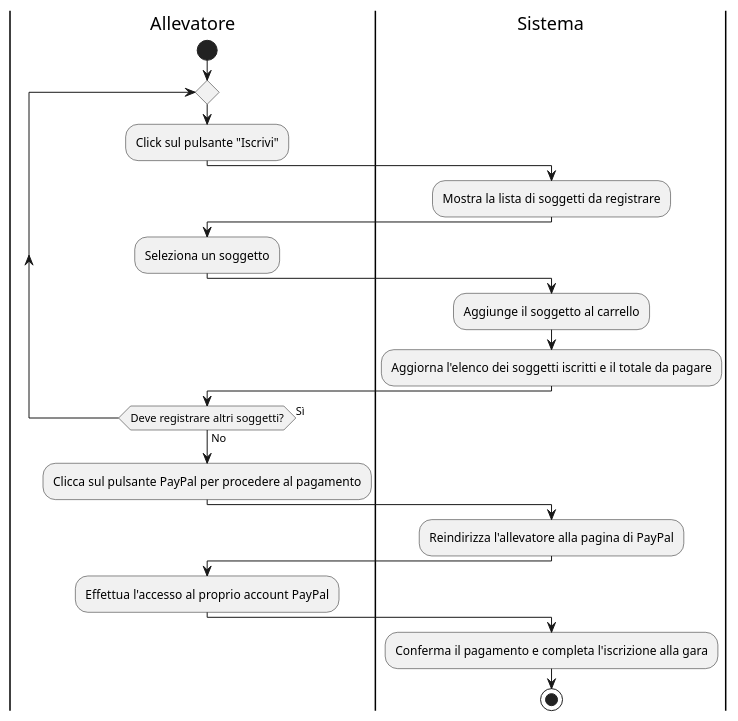
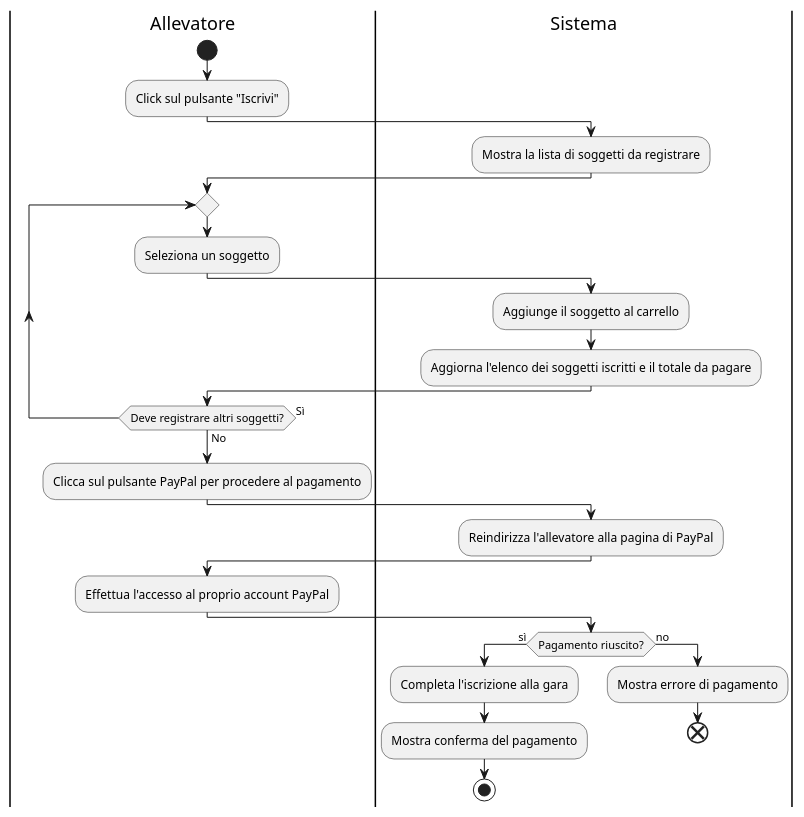
One commit to cristiancundari/birdbase changed diagram 15 of 27 in docs/sezioni/usecases/2_activitydiagrams.md. Above: the diagram before and after it, drawn with PlantUML. The commit also changed other lines of this file and 4 other files, not shown here.

````diff
--- a/docs/sezioni/usecases/2_activitydiagrams.md
+++ b/docs/sezioni/usecases/2_activitydiagrams.md
@@ -331,38 +385,31 @@
 ```plantuml
 @startuml
 |Allevatore|
 start
-repeat
 :Click sul pulsante "Iscrivi";
-
 |Sistema|
 :Mostra la lista di soggetti da registrare;
-
 |Allevatore|
-:Seleziona un soggetto;
-
-|Sistema|
-:Aggiunge il soggetto al carrello;
-
-|Sistema|
-:Aggiorna l'elenco dei soggetti iscritti e il totale da pagare;
-
-
-|Allevatore|
+repeat
+    :Seleziona un soggetto;
+    |Sistema|
+    :Aggiunge il soggetto al carrello;
+    :Aggiorna l'elenco dei soggetti iscritti e il totale da pagare;
+    |Allevatore|
 repeat while (Deve registrare altri soggetti?) is (Sì) not (No)
-
-|Allevatore|
 :Clicca sul pulsante PayPal per procedere al pagamento;
-
 |Sistema|
 :Reindirizza l'allevatore alla pagina di PayPal;
-
 |Allevatore|
 :Effettua l'accesso al proprio account PayPal;
-
 |Sistema|
-:Conferma il pagamento e completa l'iscrizione alla gara;
-
-stop
+if (Pagamento riuscito?) then (sì)
+    :Completa l'iscrizione alla gara;
+    :Mostra conferma del pagamento;
+    stop
+else (no)
+    :Mostra errore di pagamento;
+    end
+endif
 @enduml
 ```
````
